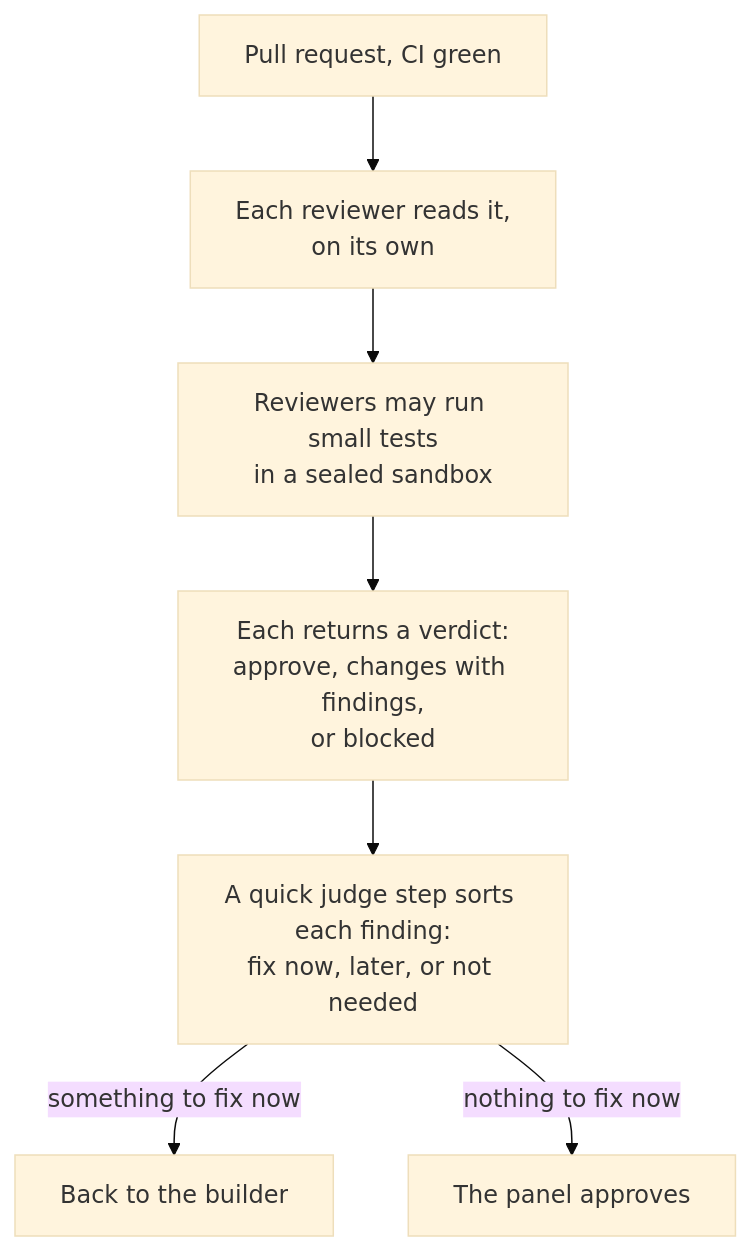
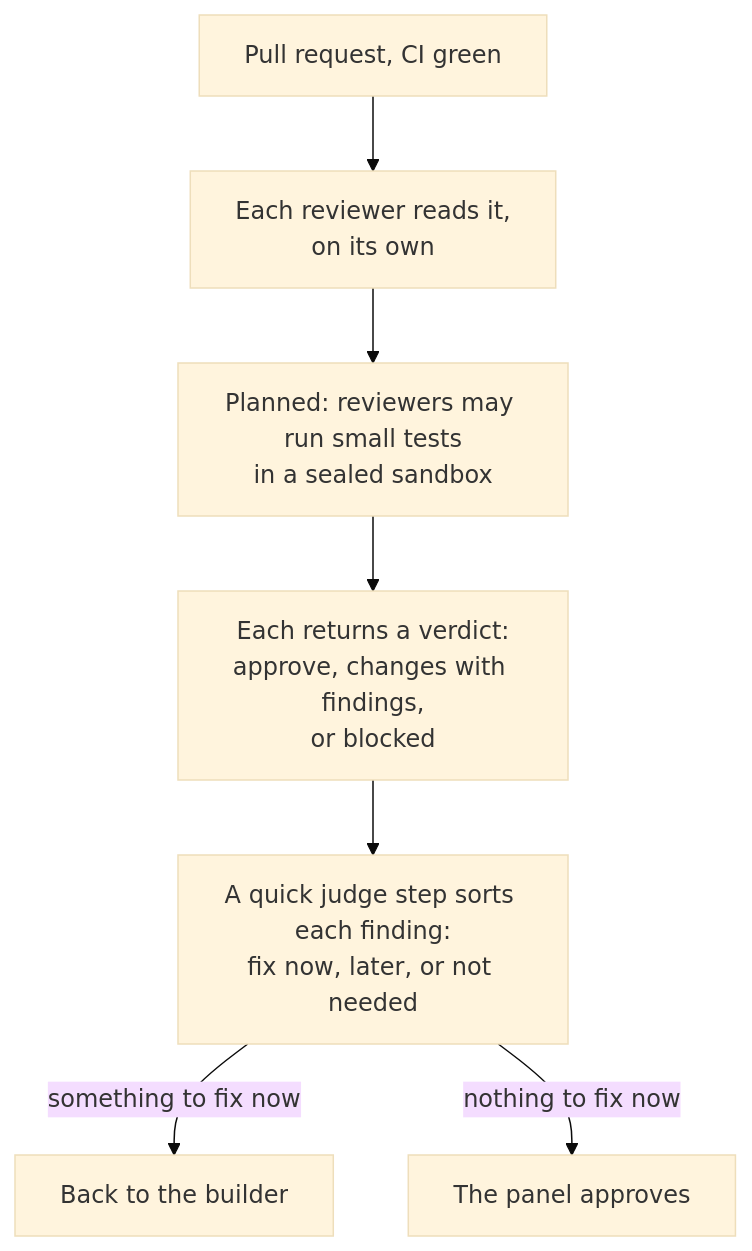
The fourth of 5 diagrams in docs/guide/the-journey-of-a-task.md (shinyredapples/intakt), drawn with Mermaid (base theme) before and after one commit. The commit also changed other lines of this file and 4 other files, not shown here.

Commit message:
docs(guide): mark reviewer probes as planned and tell the two timed runs apart

````diff
--- a/docs/guide/the-journey-of-a-task.md
+++ b/docs/guide/the-journey-of-a-task.md
@@ -88,9 +88,9 @@
 ```mermaid
 flowchart TD
   pr[Pull request, CI green] --> panel[Each reviewer reads it,<br/>on its own]
-  panel --> probes[Reviewers may run small tests<br/>in a sealed sandbox]
+  panel --> probes[Planned: reviewers may run small tests<br/>in a sealed sandbox]
   probes --> verdicts[Each returns a verdict:<br/>approve, changes with findings,<br/>or blocked]
   verdicts --> judge[A quick judge step sorts each finding:<br/>fix now, later, or not needed]
   judge -- something to fix now --> build[Back to the builder]
   judge -- nothing to fix now --> pass[The panel approves]
 ```
````
